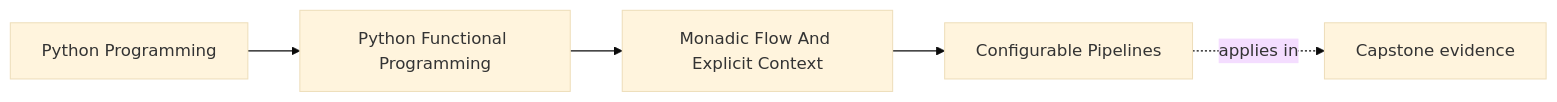
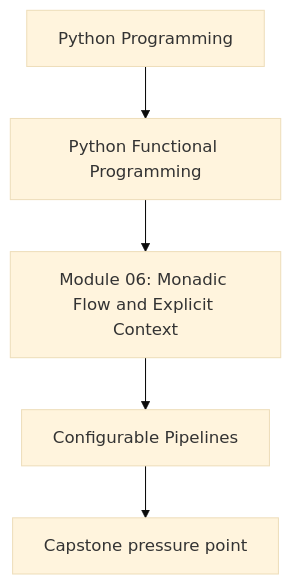
The first of 2 diagrams in programs/python-programming/python-functional-programming/course-book/module-06-monadic-flow-and-explicit-context/configurable-pipelines.md (bijux/bijux-masterclass), drawn with Mermaid (base theme) before and after one commit. The commit also changed other lines of this file and 118 other files, not shown here.

Commit message:
docs(python-functional-programming): align concept page diagrams

````diff
--- a/programs/python-programming/python-functional-programming/course-book/module-06-monadic-flow-and-explicit-context/configurable-pipelines.md
+++ b/programs/python-programming/python-functional-programming/course-book/module-06-monadic-flow-and-explicit-context/configurable-pipelines.md
@@ -7,11 +7,7 @@
 ```mermaid
-graph LR
-  family["Python Programming"]
-  program["Python Functional Programming"]
-  section["Monadic Flow And Explicit Context"]
-  page["Configurable Pipelines"]
-  capstone["Capstone evidence"]
-
-  family --> program --> section --> page
-  page -.applies in.-> capstone
+flowchart TD
+  family["Python Programming"] --> program["Python Functional Programming"]
+  program --> module["Module 06: Monadic Flow and Explicit Context"]
+  module --> concept["Configurable Pipelines"]
+  concept --> capstone["Capstone pressure point"]
 ```
````
